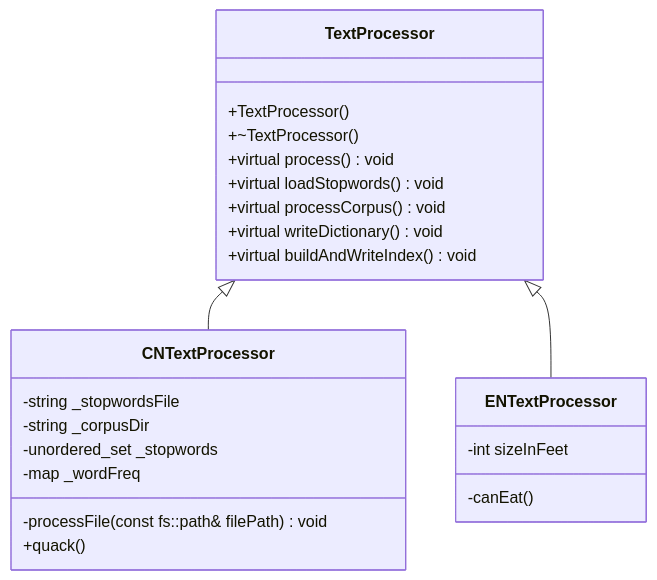
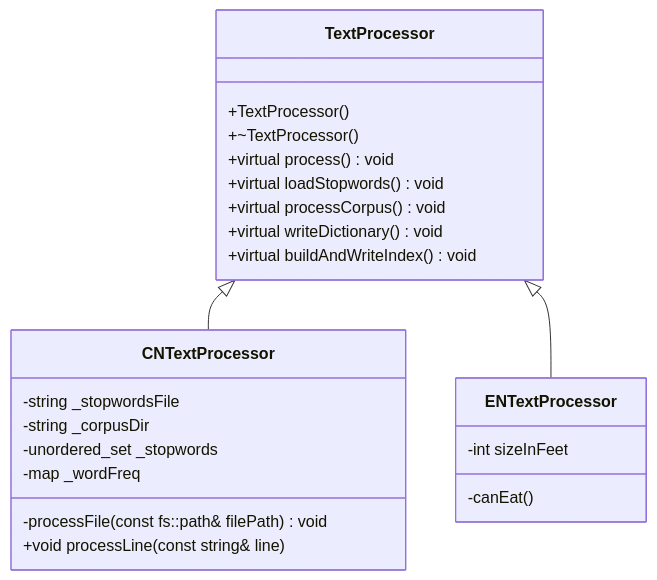
Before and after one commit to Jason-DancingBoy/iodraw-files: the diagram in all/未命名-1.md, drawn with Mermaid.

Commit message:
2026-01-02 21:07:26 update

````diff
--- a/all/未命名-1.md
+++ b/all/未命名-1.md
@@ -1,28 +1,28 @@
 ```mermaid
 classDiagram
     TextProcessor <|-- CNTextProcessor
     TextProcessor <|-- ENTextProcessor
     TextProcessor: +TextProcessor()
     TextProcessor: +~TextProcessor()
     TextProcessor: +virtual process() void
     TextProcessor: +virtual loadStopwords() void 
     TextProcessor: +virtual processCorpus() void
     TextProcessor: +virtual writeDictionary() void
     TextProcessor: +virtual buildAndWriteIndex() void
     class CNTextProcessor{
       -string _stopwordsFile
       -string _corpusDir
       -unordered_set<string> _stopwords
       -map<string, int> _wordFreq
       -processFile(const fs::path& filePath) void
-      +quack()
+      +void processLine(const string& line) 
     }
     class ENTextProcessor{
       -int sizeInFeet
       -canEat()
     }
     %%  string _stopwordsFile; // 存放停用词文件名
     %%  string _corpusDir; // 存放语料库目录
     %%  unordered_set<string> _stopwords; // 用来存放停用词
     %%  map<string, int> _wordFreq;
 ```
````
